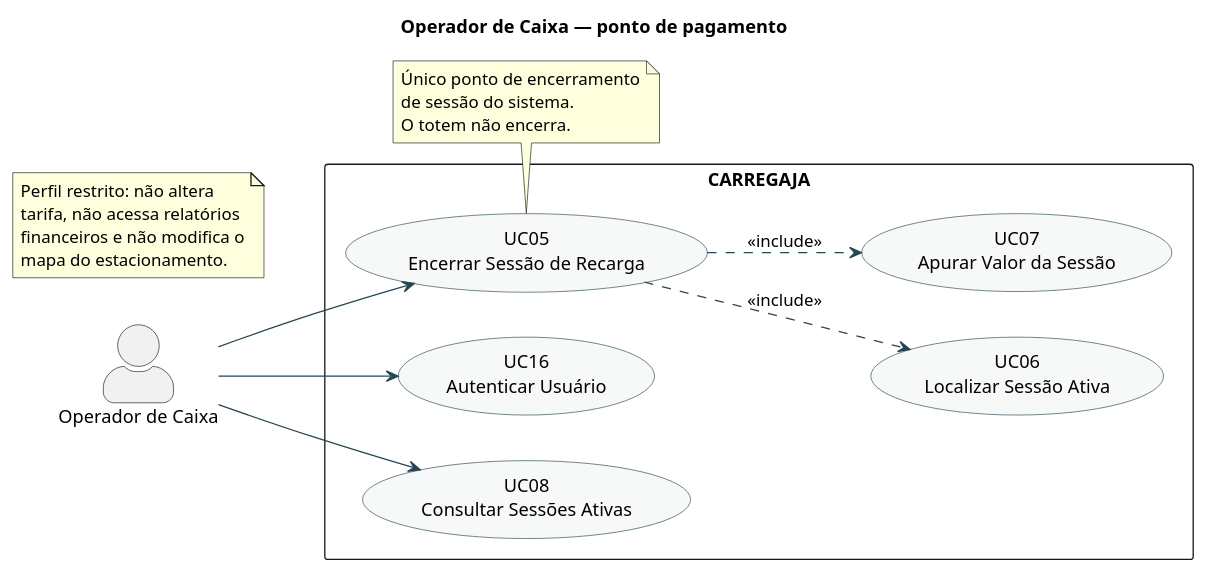
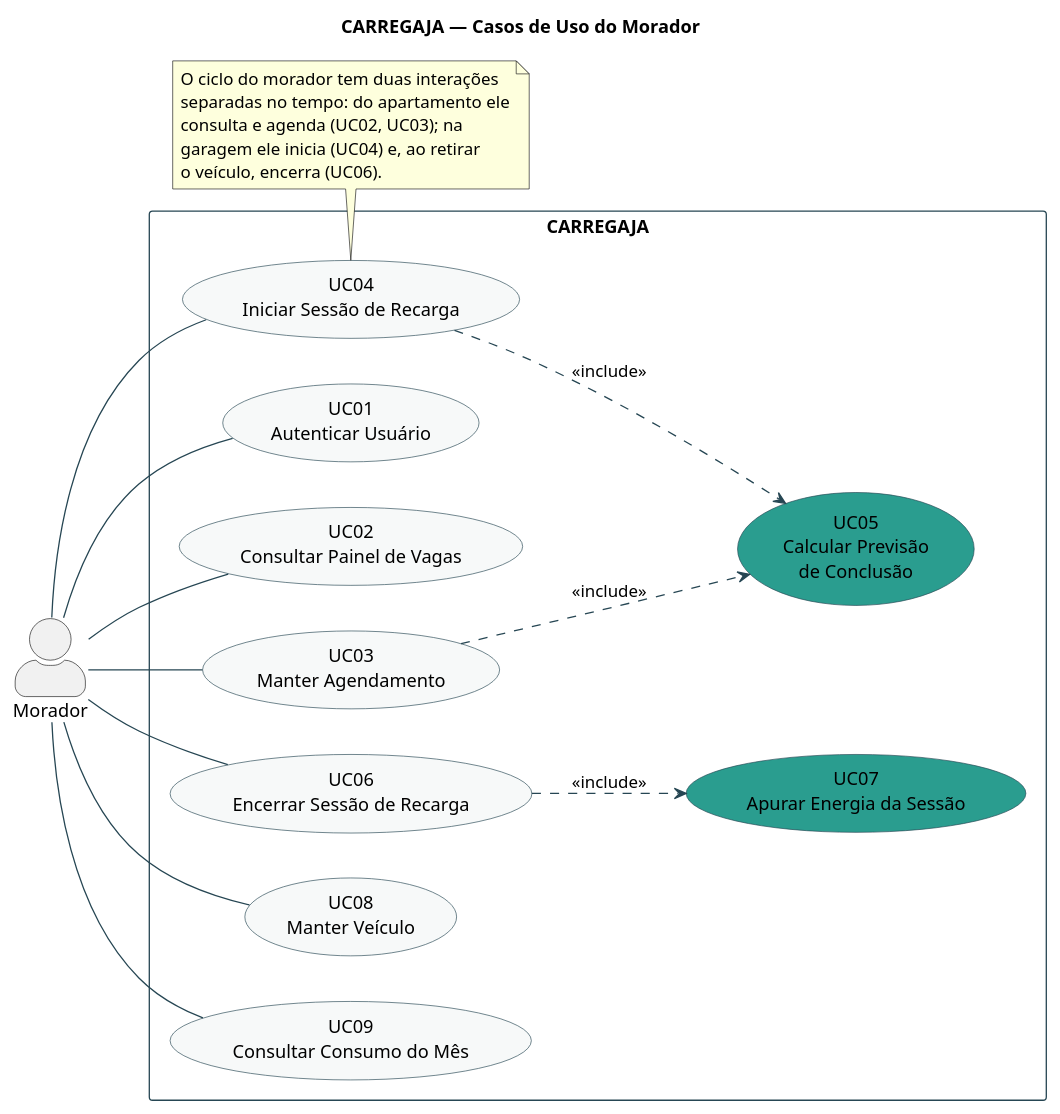
One commit to AndreMoreira00/CarregaJA changed the first of 3 diagrams in 2.Analise e Design/CARREGAJA - Modelo de Caso de Uso - por ator.puml. Above: the diagram before and after it, drawn with PlantUML. The commit also changed other lines of this file and 21 other files, not shown here.

```diff
--- a/2.Analise e Design/CARREGAJA - Modelo de Caso de Uso - por ator.puml
+++ b/2.Analise e Design/CARREGAJA - Modelo de Caso de Uso - por ator.puml
@@ -52,42 +17,52 @@
-@startuml CARREGAJA-CasoDeUso-OperadorCaixa
-title Operador de Caixa — ponto de pagamento
+@startuml CARREGAJA-CasoDeUso-Morador
+
+title CARREGAJA — Casos de Uso do Morador
+
 left to right direction
 skinparam packageStyle rectangle
 skinparam shadowing false
 skinparam ArrowColor #264653
 skinparam actorStyle awesome
 skinparam usecase {
   BackgroundColor #F7F9F9
   BorderColor #264653
 }
+skinparam rectangle {
+  BorderColor #264653
+}
 
-actor "Operador de Caixa" as OPC
+actor "Morador" as MOR
 
 rectangle "CARREGAJA" {
-  usecase "UC16\nAutenticar Usuário" as UC16
-  usecase "UC05\nEncerrar Sessão de Recarga" as UC05
-  usecase "UC06\nLocalizar Sessão Ativa" as UC06
-  usecase "UC07\nApurar Valor da Sessão" as UC07
-  usecase "UC08\nConsultar Sessões Ativas" as UC08
+  usecase "UC01\nAutenticar Usuário" as UC01
+  usecase "UC02\nConsultar Painel de Vagas" as UC02
+  usecase "UC03\nManter Agendamento" as UC03
+  usecase "UC04\nIniciar Sessão de Recarga" as UC04
+  usecase "UC05\nCalcular Previsão\nde Conclusão" as UC05 #2A9D8F
+  usecase "UC06\nEncerrar Sessão de Recarga" as UC06
+  usecase "UC07\nApurar Energia da Sessão" as UC07 #2A9D8F
+  usecase "UC08\nManter Veículo" as UC08
+  usecase "UC09\nConsultar Consumo do Mês" as UC09
 }
 
-OPC --> UC16
-OPC --> UC05
-OPC --> UC08
-UC05 ..> UC06 : <<include>>
-UC05 ..> UC07 : <<include>>
+MOR -- UC01
+MOR -- UC02
+MOR -- UC03
+MOR -- UC04
+MOR -- UC06
+MOR -- UC08
+MOR -- UC09
 
-note bottom of UC05
-  Único ponto de encerramento
-  de sessão do sistema.
-  O totem não encerra.
-end note
+UC03 ..> UC05 : <<include>>
+UC04 ..> UC05 : <<include>>
+UC06 ..> UC07 : <<include>>
 
-note as N2
-  Perfil restrito: não altera
-  tarifa, não acessa relatórios
-  financeiros e não modifica o
-  mapa do estacionamento.
+note bottom of UC04
+  O ciclo do morador tem duas interações
+  separadas no tempo: do apartamento ele
+  consulta e agenda (UC02, UC03); na
+  garagem ele inicia (UC04) e, ao retirar
+  o veículo, encerra (UC06).
 end note
 
 @enduml
```
